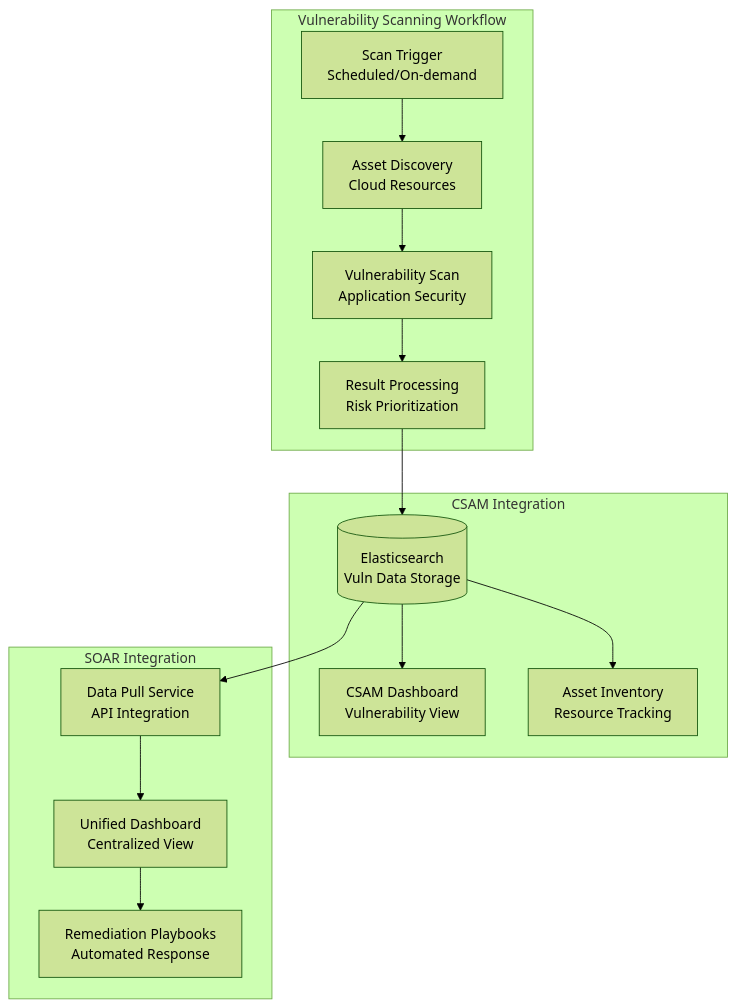
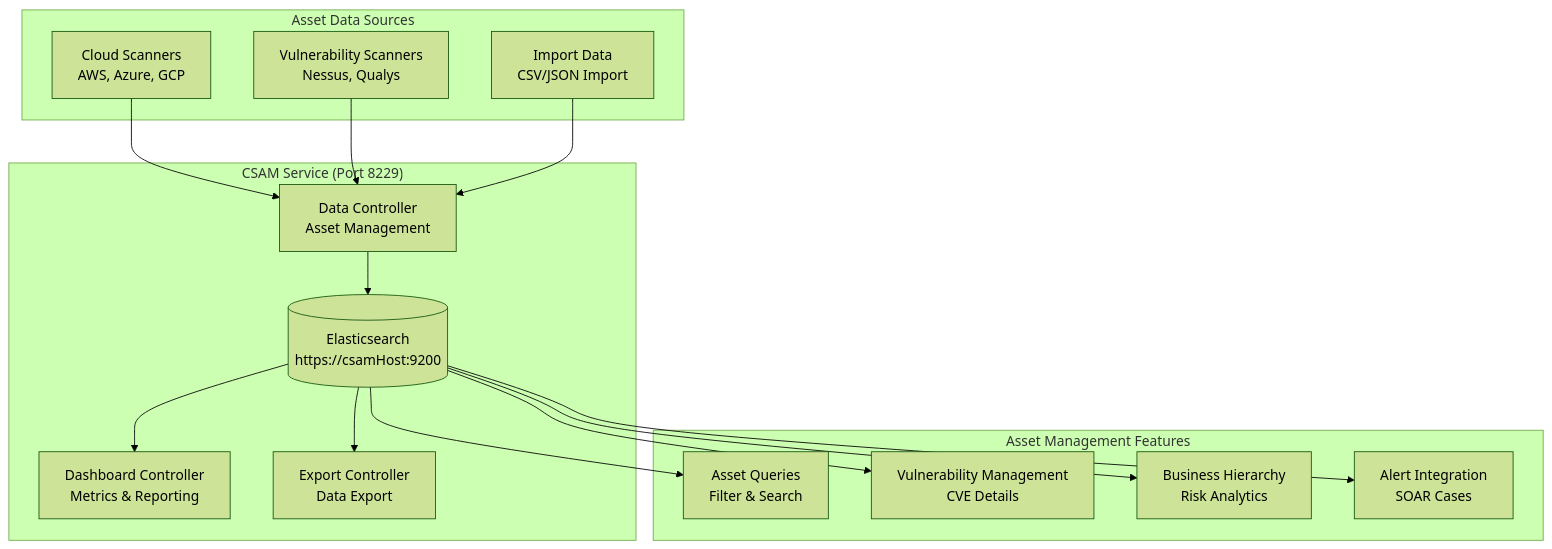
The fourth of 14 diagrams in SOAR_Architecture_SIEM_TI_Integration_Documentation.md (Vishwa0220/customers-docs), drawn with Mermaid (forest theme) before and after one commit. The commit also changed other lines of this file, not shown here.

````diff
--- a/SOAR_Architecture_SIEM_TI_Integration_Documentation.md
+++ b/SOAR_Architecture_SIEM_TI_Integration_Documentation.md
@@ -233,33 +235,35 @@
 ```mermaid
 graph TB
-    subgraph "Vulnerability Scanning Workflow"
-        SCAN_TRIGGER[Scan Trigger<br/>Scheduled/On-demand]
-        ASSET_DISCOVERY[Asset Discovery<br/>Cloud Resources]
-        VULN_SCAN[Vulnerability Scan<br/>Application Security]
-        RESULT_PROCESSING[Result Processing<br/>Risk Prioritization]
+    subgraph "Asset Data Sources"
+        CLOUD_SCANNERS[Cloud Scanners<br/>AWS, Azure, GCP]
+        VULN_SCANNERS[Vulnerability Scanners<br/>Nessus, Qualys]
+        IMPORT_DATA[Import Data<br/>CSV/JSON Import]
     end
     
-    subgraph "CSAM Integration"
-        CSAM_STORAGE[(Elasticsearch<br/>Vuln Data Storage)]
-        CSAM_DASH[CSAM Dashboard<br/>Vulnerability View]
-        ASSET_INVENTORY[Asset Inventory<br/>Resource Tracking]
+    subgraph "CSAM Service (Port 8229)"
+        DATA_CONTROLLER[Data Controller<br/>Asset Management]
+        CSAM_ELASTIC[(Elasticsearch<br/>https://csamHost:9200)]
+        DASHBOARD_CTRL[Dashboard Controller<br/>Metrics & Reporting]
+        EXPORT_CTRL[Export Controller<br/>Data Export]
     end
     
-    subgraph "SOAR Integration"
-        SOAR_PULL[Data Pull Service<br/>API Integration]
-        VULN_DASHBOARD[Unified Dashboard<br/>Centralized View]
-        REMEDIATION[Remediation Playbooks<br/>Automated Response]
+    subgraph "Asset Management Features"
+        ASSET_QUERY[Asset Queries<br/>Filter & Search]
+        VULN_MGMT[Vulnerability Management<br/>CVE Details]
+        BH_ANALYTICS[Business Hierarchy<br/>Risk Analytics]
+        ALERT_INTEGRATION[Alert Integration<br/>SOAR Cases]
     end
     
-    SCAN_TRIGGER --> ASSET_DISCOVERY
-    ASSET_DISCOVERY --> VULN_SCAN
-    VULN_SCAN --> RESULT_PROCESSING
-    RESULT_PROCESSING --> CSAM_STORAGE
+    CLOUD_SCANNERS --> DATA_CONTROLLER
+    VULN_SCANNERS --> DATA_CONTROLLER
+    IMPORT_DATA --> DATA_CONTROLLER
     
-    CSAM_STORAGE --> CSAM_DASH
-    CSAM_STORAGE --> ASSET_INVENTORY
-    CSAM_STORAGE --> SOAR_PULL
+    DATA_CONTROLLER --> CSAM_ELASTIC
+    CSAM_ELASTIC --> DASHBOARD_CTRL
+    CSAM_ELASTIC --> EXPORT_CTRL
     
-    SOAR_PULL --> VULN_DASHBOARD
-    VULN_DASHBOARD --> REMEDIATION
+    CSAM_ELASTIC --> ASSET_QUERY
+    CSAM_ELASTIC --> VULN_MGMT
+    CSAM_ELASTIC --> BH_ANALYTICS
+    CSAM_ELASTIC --> ALERT_INTEGRATION
 ```
````
